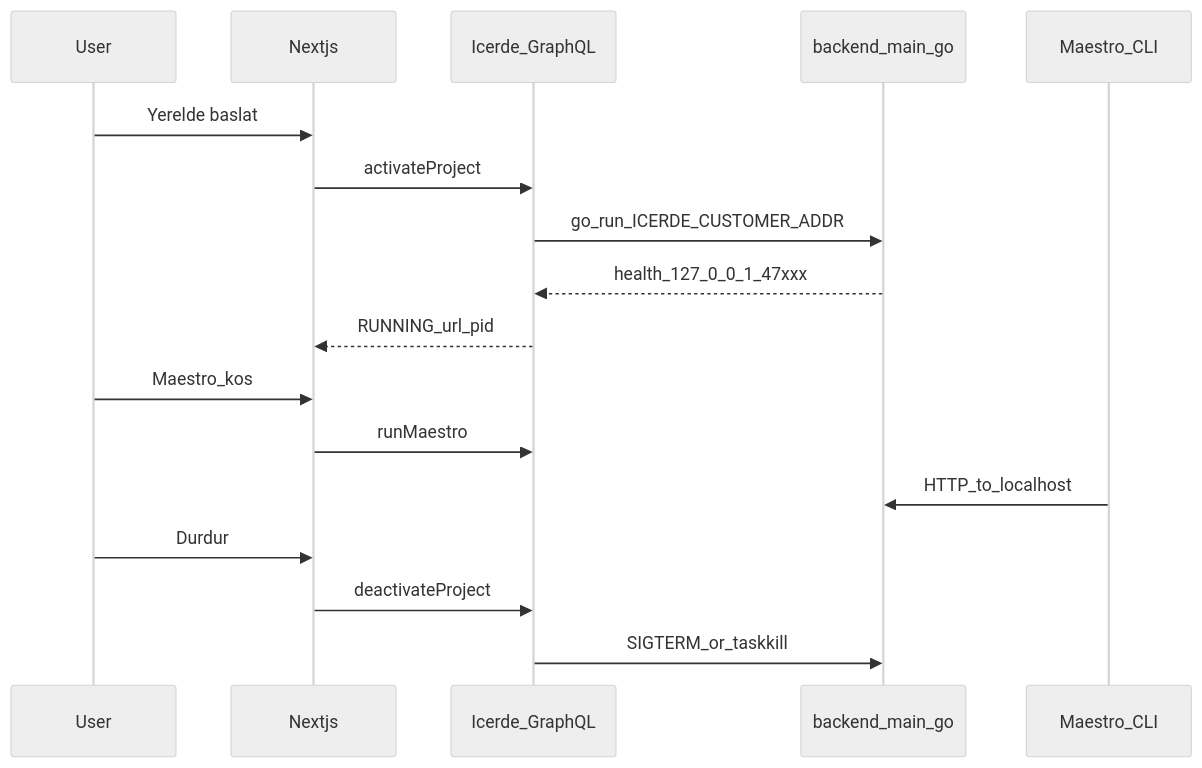
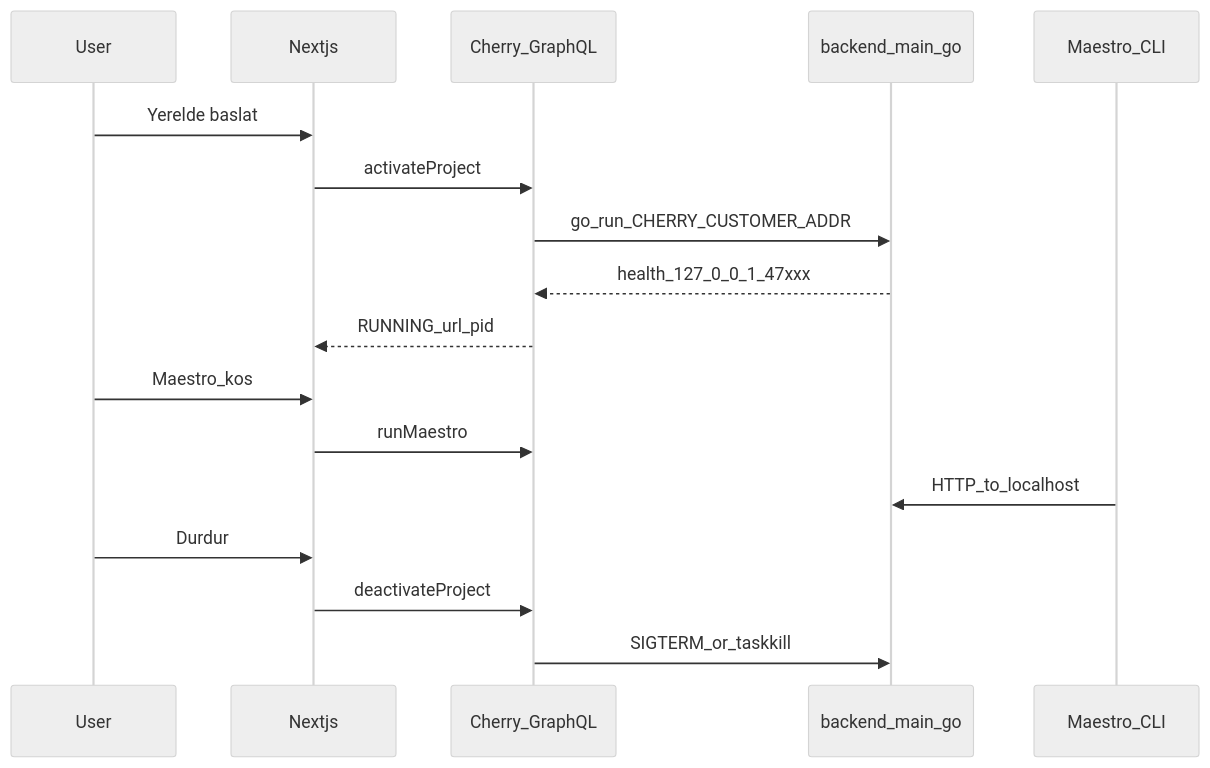
One commit to emrahyasinisik/Cherry changed the first of 2 diagrams in docs/local-activate.md. Above: the diagram before and after it, drawn with Mermaid (neutral theme). The commit also changed other lines of this file and 124 other files, not shown here.

First line of the commit message:
Rename the studio brand from Icerde to Cherry.

````diff
--- a/docs/local-activate.md
+++ b/docs/local-activate.md
@@ -11,19 +11,19 @@
 ```mermaid
 sequenceDiagram
   participant U as User
   participant UI as Nextjs
-  participant API as Icerde_GraphQL
+  participant API as Cherry_GraphQL
   participant Child as backend_main_go
   participant Maestro as Maestro_CLI
   U->>UI: Yerelde baslat
   UI->>API: activateProject
-  API->>Child: go_run_ICERDE_CUSTOMER_ADDR
+  API->>Child: go_run_CHERRY_CUSTOMER_ADDR
   Child-->>API: health_127_0_0_1_47xxx
   API-->>UI: RUNNING_url_pid
   U->>UI: Maestro_kos
   UI->>API: runMaestro
   Maestro->>Child: HTTP_to_localhost
   U->>UI: Durdur
   UI->>API: deactivateProject
   API->>Child: SIGTERM_or_taskkill
 ```
````
